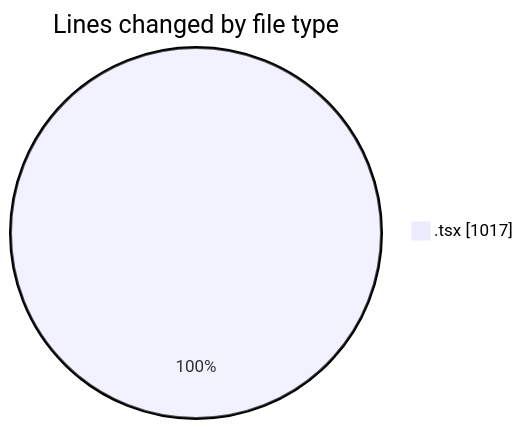
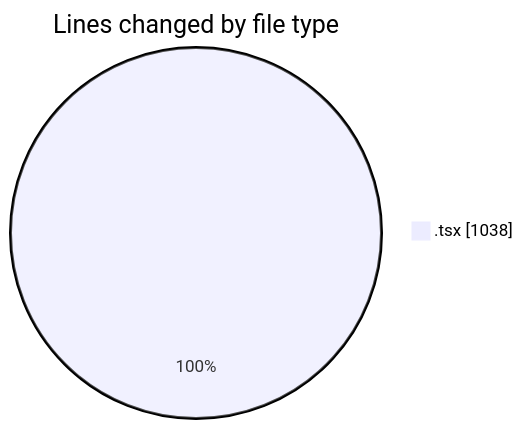
One commit to momahboobian/code-tracking changed the first of 2 diagrams in 2025-06-13/cda/README.md. Above: the diagram before and after it, drawn with Mermaid. The commit also changed other lines of this file and 1 other file, not shown here.

````diff
--- a/2025-06-13/cda/README.md
+++ b/2025-06-13/cda/README.md
@@ -21,5 +21,5 @@
 ```mermaid
 pie showData
 title Lines changed by file type
-".tsx" : 1017
+".tsx" : 1038
 ```
````
